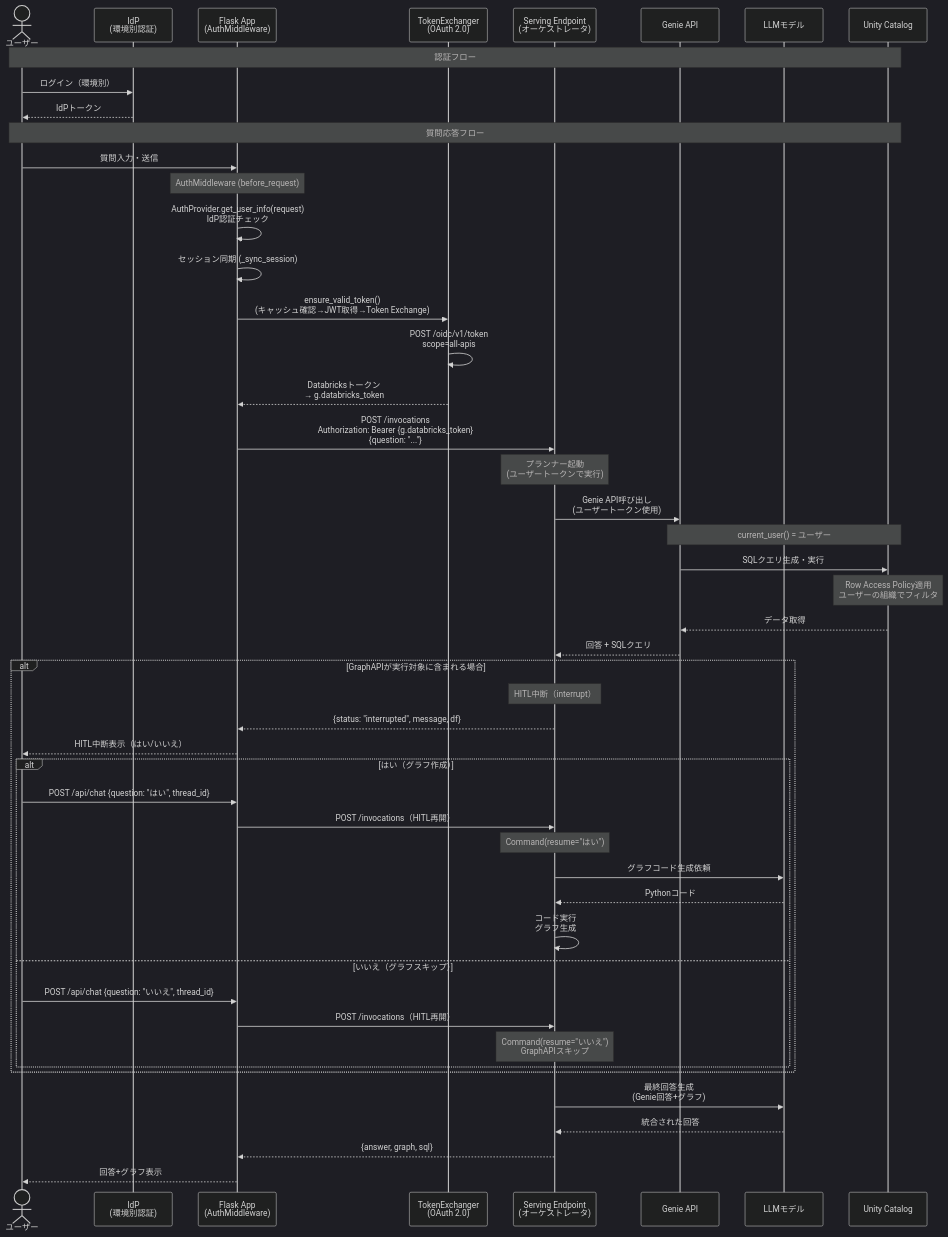
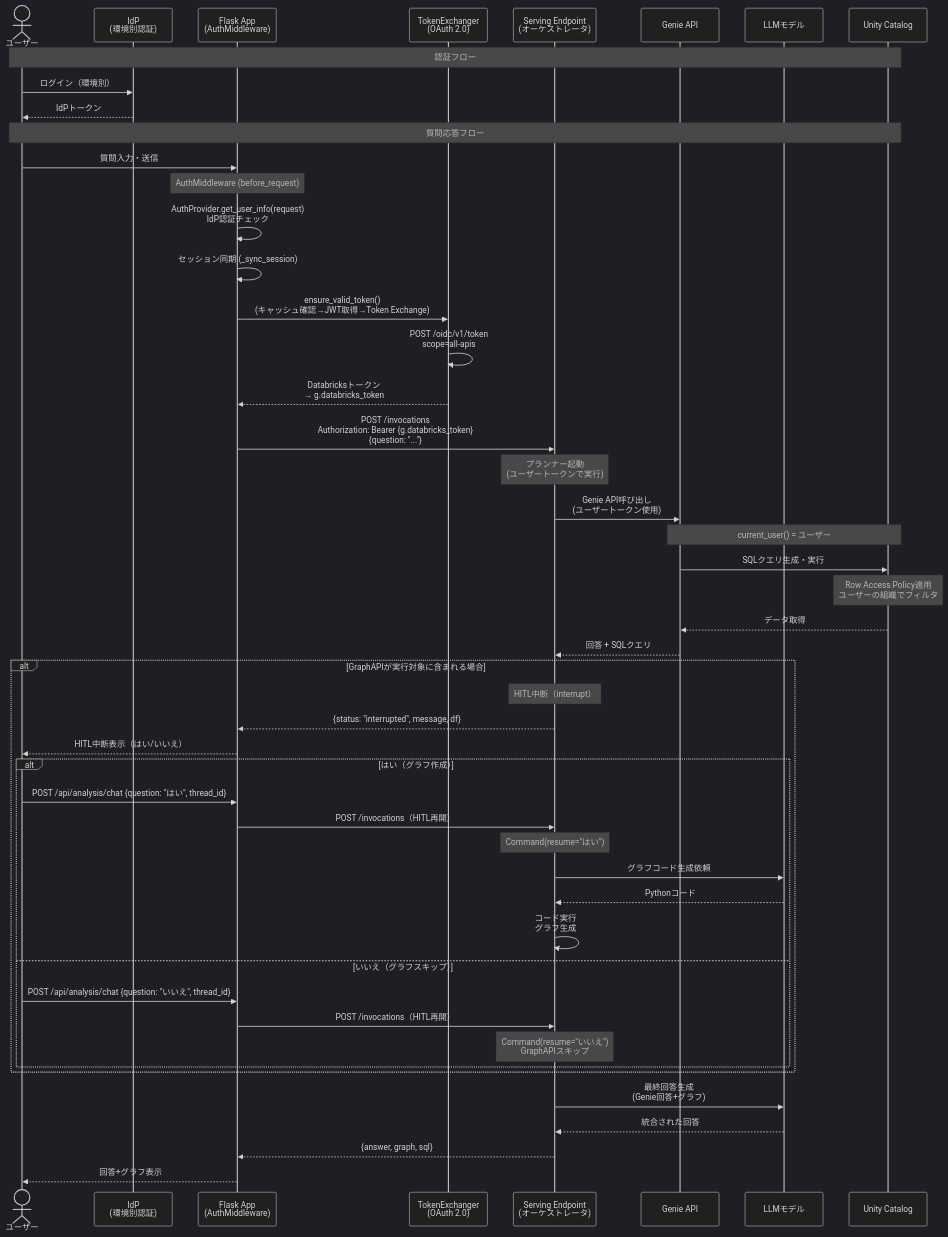
Before and after one commit to NSW-SVCP-AIWG002/Databricks-IoT: the first of 2 diagrams in docs/03-features/flask-app/conversational-ai-chat/README.md, drawn with Mermaid (dark theme). The commit also changed other lines of this file and 16 other files, not shown here.

````diff
--- a/docs/03-features/flask-app/conversational-ai-chat/README.md
+++ b/docs/03-features/flask-app/conversational-ai-chat/README.md
@@ -117,61 +117,61 @@
 ```mermaid
 sequenceDiagram
     actor ユーザー
     participant IdP as IdP<br>(環境別認証)
     participant Flask as Flask App<br>(AuthMiddleware)
     participant TokenEx as TokenExchanger<br>(OAuth 2.0)
     participant Endpoint as Serving Endpoint<br>(オーケストレータ)
     participant Genie as Genie API
     participant LLM as LLMモデル
     participant UC as Unity Catalog
 
     Note over ユーザー,UC: 認証フロー
     ユーザー->>IdP: ログイン（環境別）
     IdP-->>ユーザー: IdPトークン
 
     Note over ユーザー,UC: 質問応答フロー
     ユーザー->>Flask: 質問入力・送信
 
     Note over Flask: AuthMiddleware (before_request)
     Flask->>Flask: AuthProvider.get_user_info(request)<br>IdP認証チェック
     Flask->>Flask: セッション同期 (_sync_session)
     Flask->>TokenEx: ensure_valid_token()<br>(キャッシュ確認→JWT取得→Token Exchange)
     TokenEx->>TokenEx: POST /oidc/v1/token<br>scope=all-apis
     TokenEx-->>Flask: Databricksトークン<br>→ g.databricks_token
 
     Flask->>Endpoint: POST /invocations<br>Authorization: Bearer {g.databricks_token}<br>{question: "..."}
 
     Note over Endpoint: プランナー起動<br>(ユーザートークンで実行)
 
     Endpoint->>Genie: Genie API呼び出し<br>(ユーザートークン使用)
     Note over Genie,UC: current_user() = ユーザー
     Genie->>UC: SQLクエリ生成・実行
     Note over UC: Row Access Policy適用<br>ユーザーの組織でフィルタ
     UC-->>Genie: データ取得
     Genie-->>Endpoint: 回答 + SQLクエリ
 
     alt GraphAPIが実行対象に含まれる場合
         Note over Endpoint: HITL中断（interrupt）
         Endpoint-->>Flask: {status: "interrupted", message, df}
         Flask-->>ユーザー: HITL中断表示（はい/いいえ）
 
         alt はい（グラフ作成）
-            ユーザー->>Flask: POST /api/chat {question: "はい", thread_id}
+            ユーザー->>Flask: POST /api/analysis/chat {question: "はい", thread_id}
             Flask->>Endpoint: POST /invocations（HITL再開）
             Note over Endpoint: Command(resume="はい")
             Endpoint->>LLM: グラフコード生成依頼
             LLM-->>Endpoint: Pythonコード
             Endpoint->>Endpoint: コード実行<br>グラフ生成
         else いいえ（グラフスキップ）
-            ユーザー->>Flask: POST /api/chat {question: "いいえ", thread_id}
+            ユーザー->>Flask: POST /api/analysis/chat {question: "いいえ", thread_id}
             Flask->>Endpoint: POST /invocations（HITL再開）
             Note over Endpoint: Command(resume="いいえ")<br>GraphAPIスキップ
         end
     end
 
     Endpoint->>LLM: 最終回答生成<br>(Genie回答+グラフ)
     LLM-->>Endpoint: 統合された回答
 
     Endpoint-->>Flask: {answer, graph, sql}
     Flask-->>ユーザー: 回答+グラフ表示
 ```
````
